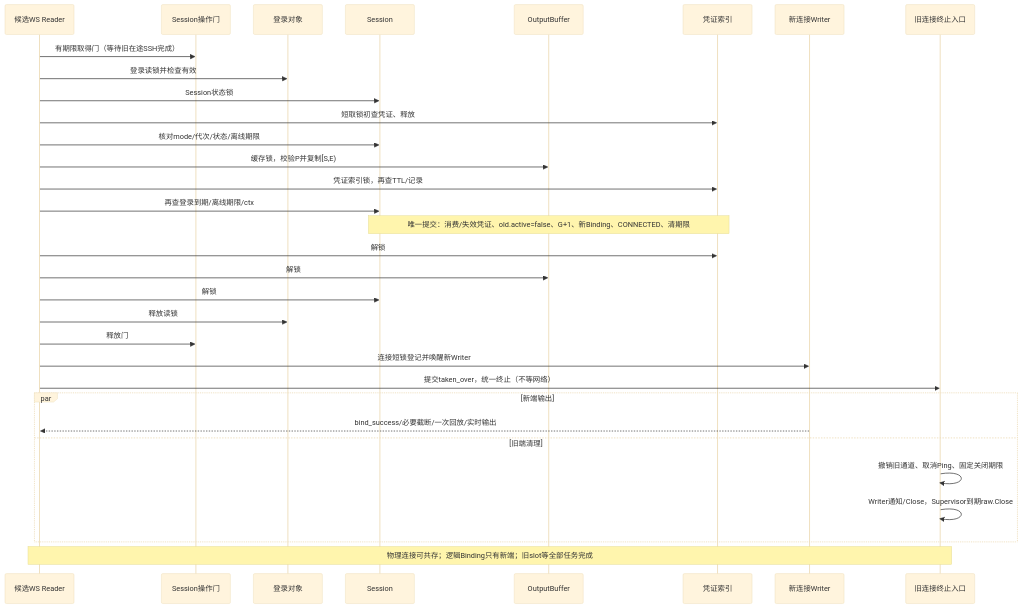
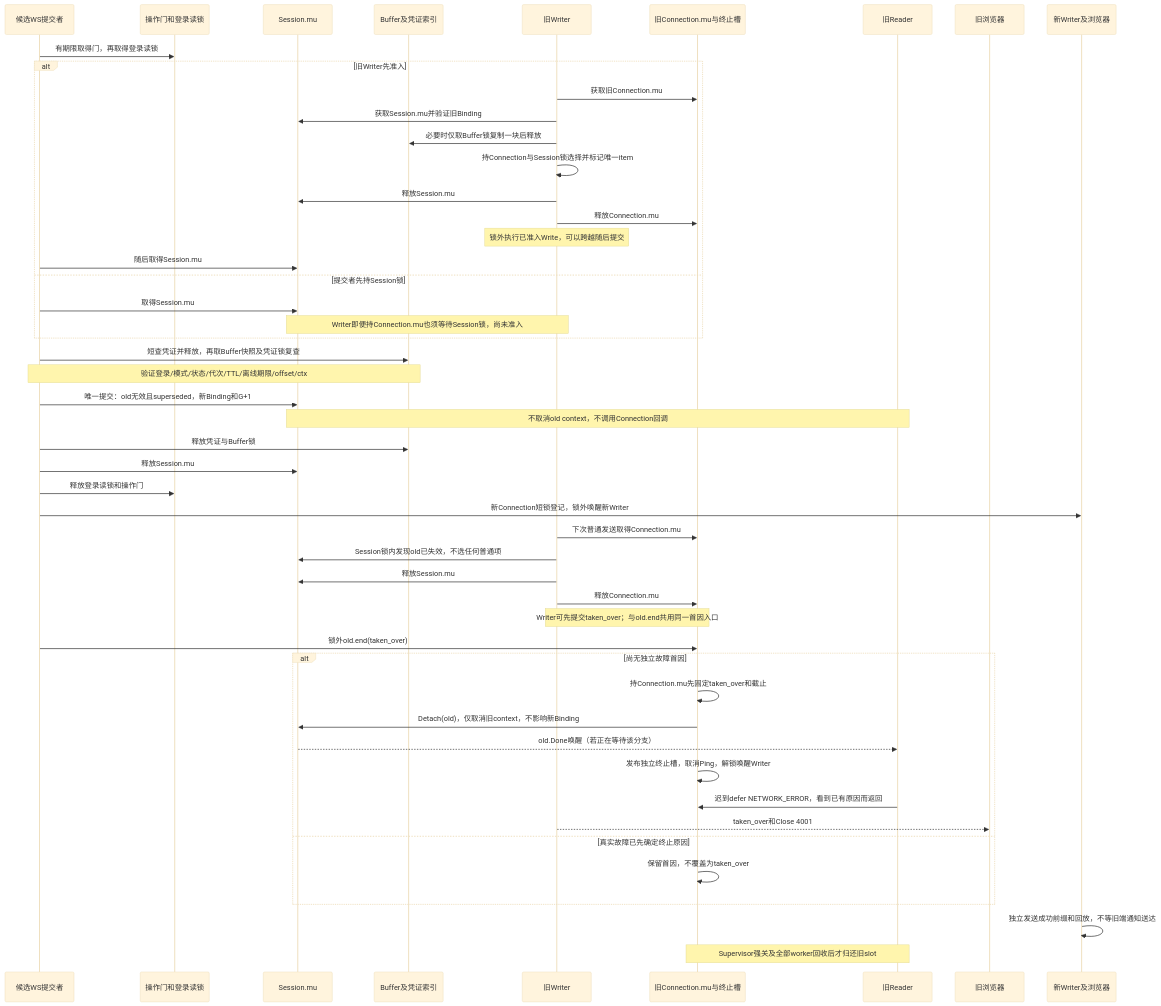
Before and after one commit to stearsc/web-ssh: the fourth of 8 diagrams in doc/stage-5-implementation-plan.md, drawn with Mermaid (base theme). The commit also changed other lines of this file, not shown here.

````diff
--- a/doc/stage-5-implementation-plan.md
+++ b/doc/stage-5-implementation-plan.md
@@ -357,34 +485,52 @@
 ```mermaid
 sequenceDiagram
-    participant N as 候选WS Reader
-    participant G as Session操作门
-    participant L as 登录对象
-    participant S as Session
-    participant B as OutputBuffer
-    participant K as 凭证索引
-    participant W as 新连接Writer
-    participant O as 旧连接终止入口
-    N->>G: 有期限取得门（等待旧在途SSH完成）
-    N->>L: 登录读锁并检查有效
-    N->>S: Session状态锁
-    N->>K: 短取锁初查凭证、释放
-    N->>S: 核对mode/代次/状态/离线期限
-    N->>B: 缓存锁，校验P并复制[S,E)
-    N->>K: 凭证索引锁，再查TTL/记录
-    N->>S: 再查登录到期/离线期限/ctx
-    Note over S,K: 唯一提交：消费/失效凭证、old.active=false、G+1、新Binding、CONNECTED、清期限
-    N->>K: 解锁
-    N->>B: 解锁
-    N->>S: 解锁
-    N->>L: 释放读锁
-    N->>G: 释放门
-    N->>W: 连接短锁登记并唤醒新Writer
-    N->>O: 提交taken_over，统一终止（不等网络）
-    par 新端输出
-        W-->>N: bind_success/必要截断/一次回放/实时输出
-    and 旧端清理
-        O->>O: 撤销旧通道、取消Ping、固定关闭期限
-        O->>O: Writer通知/Close，Supervisor到期raw.Close
+    participant N as 候选WS提交者
+    participant G as 操作门和登录读锁
+    participant S as Session.mu
+    participant B as Buffer及凭证索引
+    participant W as 旧Writer
+    participant O as 旧Connection.mu与终止槽
+    participant R as 旧Reader
+    participant U as 旧浏览器
+    participant V as 新Writer及浏览器
+    N->>G: 有期限取得门，再取得登录读锁
+    alt 旧Writer先准入
+        W->>O: 获取旧Connection.mu
+        W->>S: 获取Session.mu并验证旧Binding
+        W->>B: 必要时仅取Buffer锁复制一块后释放
+        W->>W: 持Connection与Session锁选择并标记唯一item
+        W->>S: 释放Session.mu
+        W->>O: 释放Connection.mu
+        Note over W: 锁外执行已准入Write，可以跨越随后提交
+        N->>S: 随后取得Session.mu
+    else 提交者先持Session锁
+        N->>S: 取得Session.mu
+        Note over W,S: Writer即便持Connection.mu也须等待Session锁，尚未准入
     end
-    Note over N,O: 物理连接可共存；逻辑Binding只有新端；旧slot等全部任务完成
+    N->>B: 短查凭证并释放，再取Buffer快照及凭证锁复查
+    Note over N,B: 验证登录/模式/状态/代次/TTL/离线期限/offset/ctx
+    N->>S: 唯一提交：old无效且superseded，新Binding和G+1
+    Note over S,R: 不取消old context，不调用Connection回调
+    N->>B: 释放凭证与Buffer锁
+    N->>S: 释放Session.mu
+    N->>G: 释放登录读锁和操作门
+    N->>V: 新Connection短锁登记，锁外唤醒新Writer
+    W->>O: 下次普通发送取得Connection.mu
+    W->>S: Session锁内发现old已失效，不选任何普通项
+    W->>S: 释放Session.mu
+    W->>O: 释放Connection.mu
+    Note over W,O: Writer可先提交taken_over；与old.end共用同一首因入口
+    N->>O: 锁外old.end(taken_over)
+    alt 尚无独立故障首因
+        O->>O: 持Connection.mu先固定taken_over和截止
+        O->>S: Detach(old)，仅取消旧context，不影响新Binding
+        S-->>R: old.Done唤醒（若正在等待该分支）
+        O->>O: 发布独立终止槽，取消Ping，解锁唤醒Writer
+        R->>O: 迟到defer NETWORK_ERROR，看到已有原因而返回
+        W-->>U: taken_over和Close 4001
+    else 真实故障已先确定终止原因
+        O->>O: 保留首因，不覆盖为taken_over
+    end
+    V->>V: 独立发送成功前缀和回放，不等旧端通知送达
+    Note over O,R: Supervisor强关及全部worker回收后才归还旧slot
 ```
````
